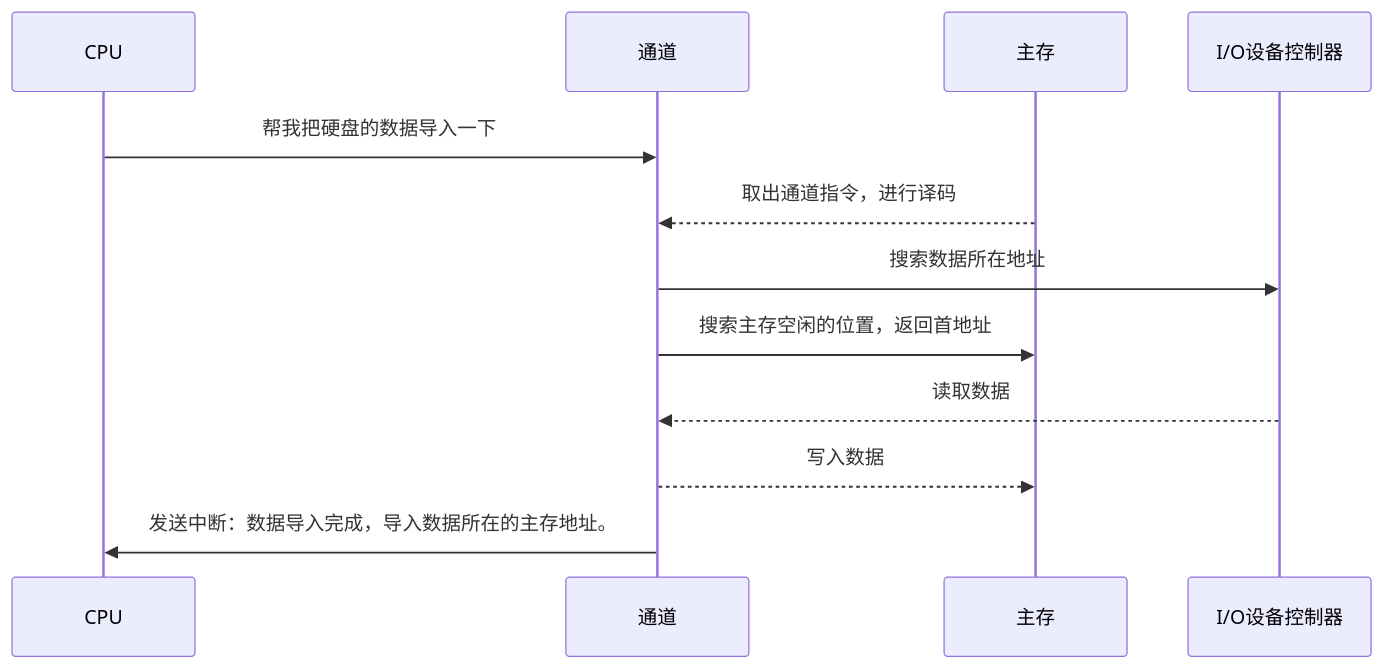
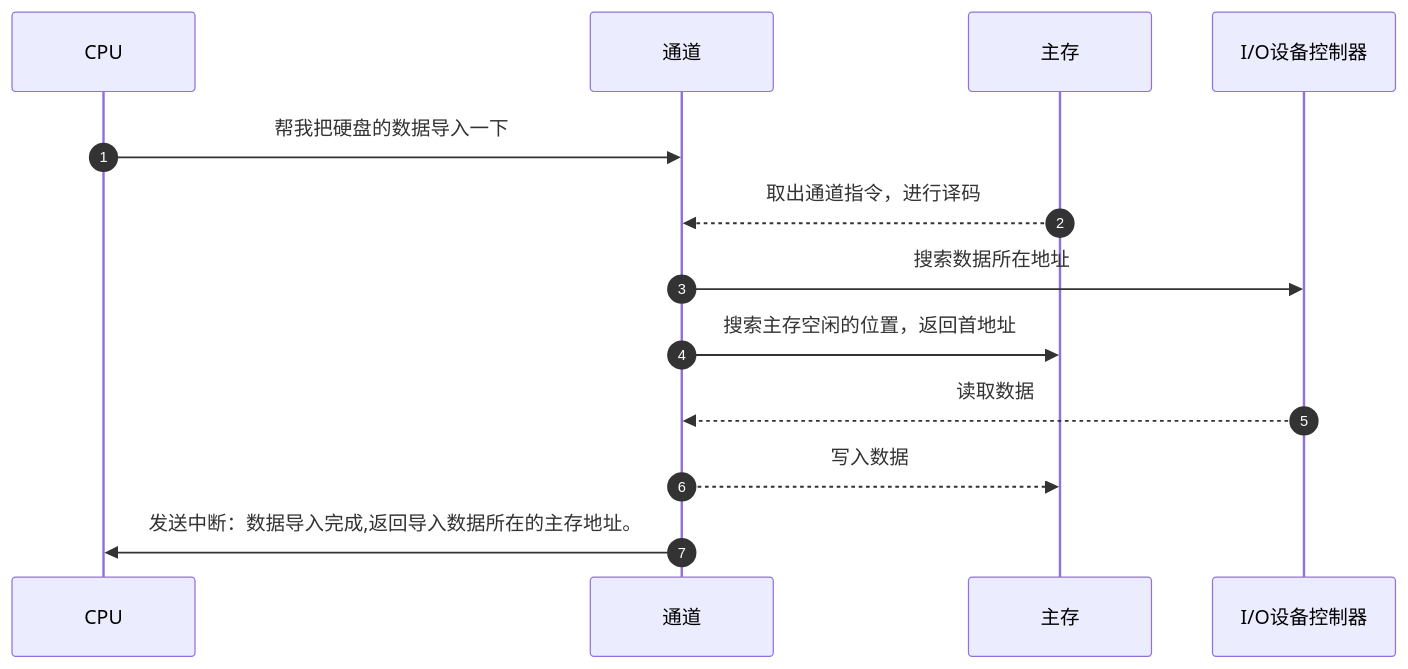
The fourth of 4 diagrams in _posts/2021/2021-02-04-system-structure.md (sorryle/sorryle.github.io), drawn with Mermaid before and after one commit. The commit also changed other lines of this file, not shown here.

````diff
--- a/_posts/2021/2021-02-04-system-structure.md
+++ b/_posts/2021/2021-02-04-system-structure.md
@@ -120,14 +120,15 @@
 ```mermaid
 sequenceDiagram
+	autonumber
     participant CPU
     participant 通道
     participant 主存
     participant I/O设备控制器
     CPU->>通道: 帮我把硬盘的数据导入一下
     主存-->>通道: 取出通道指令，进行译码
     通道->>I/O设备控制器: 搜索数据所在地址
     通道->>主存: 搜索主存空闲的位置，返回首地址
     I/O设备控制器-->>通道: 读取数据
     通道-->>主存: 写入数据
-   	通道->>CPU: 发送中断：数据导入完成，导入数据所在的主存地址。
+   	通道->>CPU: 发送中断：数据导入完成,返回导入数据所在的主存地址。
 ```
````
